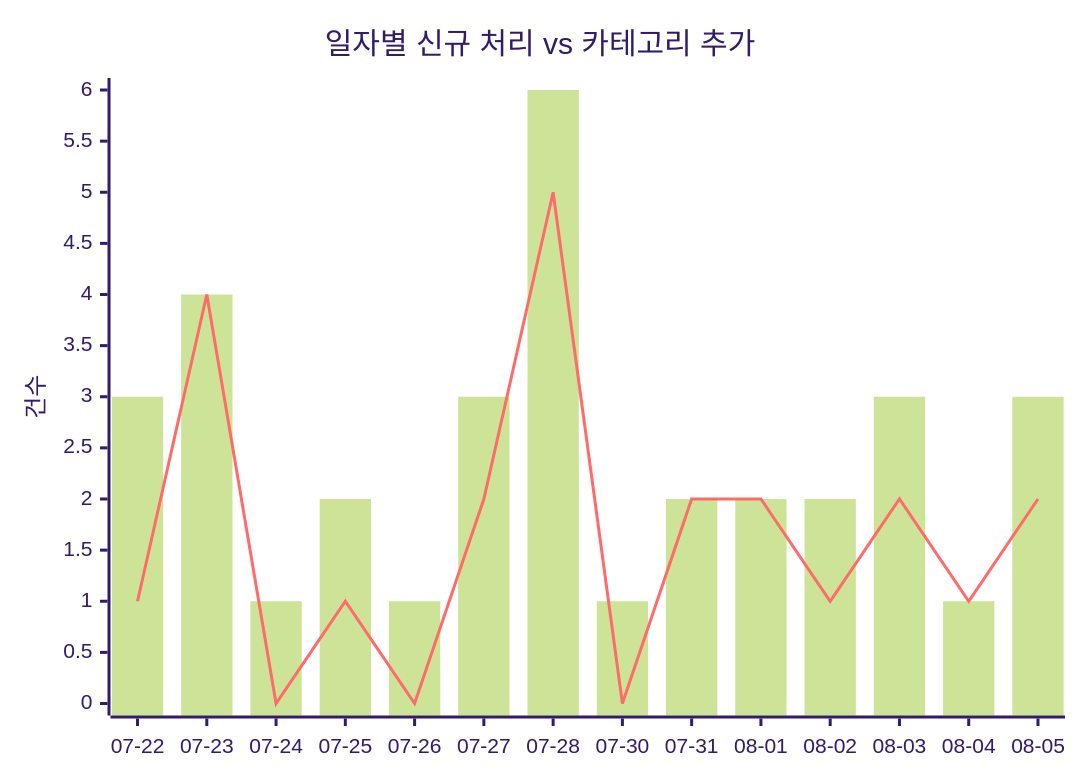
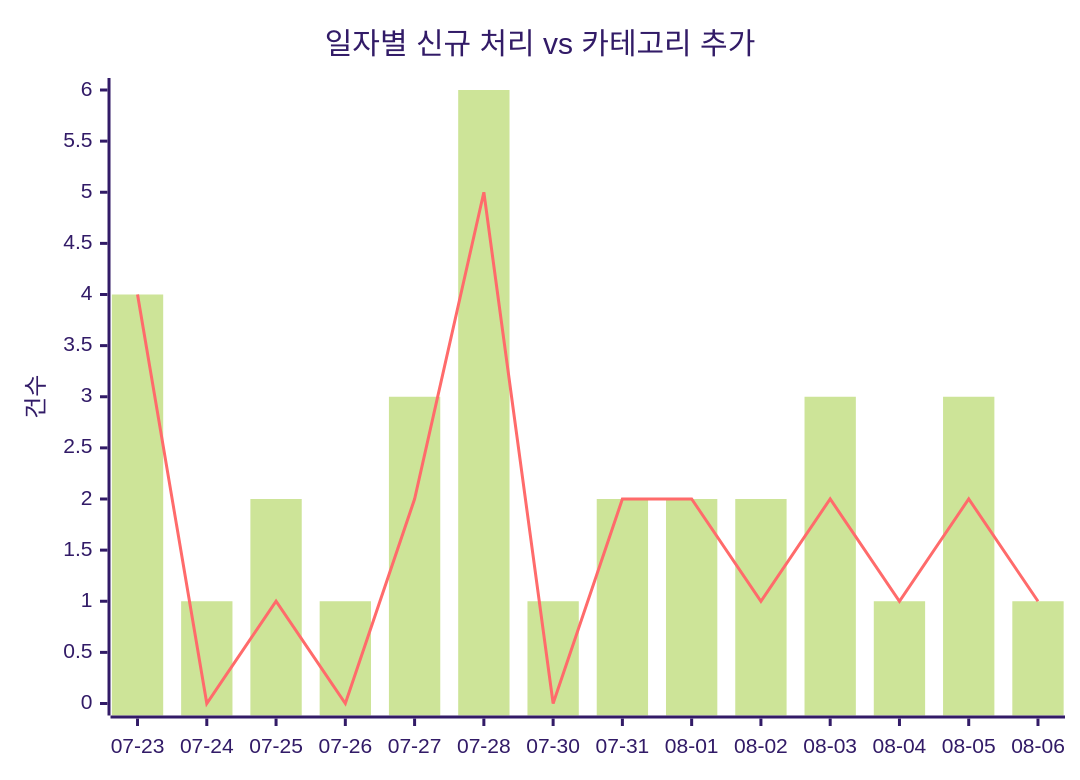
One commit to J-nowcow/awesome-korean-agent-skills changed the first of 2 diagrams in docs/trends.md. Above: the diagram before and after it, drawn with Mermaid (forest theme). The commit also changed other lines of this file and 4 other files, not shown here.

````diff
--- a/docs/trends.md
+++ b/docs/trends.md
@@ -32,8 +32,8 @@
 ```mermaid
 xychart-beta
     title "일자별 신규 처리 vs 카테고리 추가"
-    x-axis ["07-22","07-23","07-24","07-25","07-26","07-27","07-28","07-30","07-31","08-01","08-02","08-03","08-04","08-05"]
+    x-axis ["07-23","07-24","07-25","07-26","07-27","07-28","07-30","07-31","08-01","08-02","08-03","08-04","08-05","08-06"]
     y-axis "건수"
-    bar [3,4,1,2,1,3,6,1,2,2,2,3,1,3]
-    line [1,4,0,1,0,2,5,0,2,2,1,2,1,2]
+    bar [4,1,2,1,3,6,1,2,2,2,3,1,3,1]
+    line [4,0,1,0,2,5,0,2,2,1,2,1,2,1]
 ```
````
